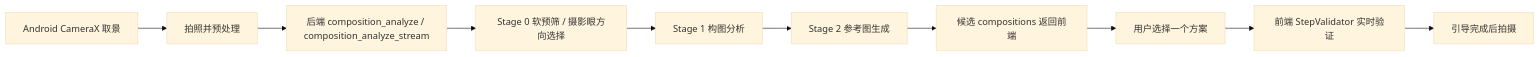
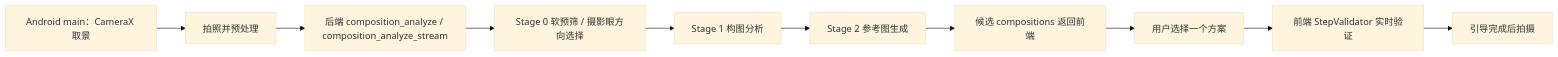
One commit to MottoYoung/Composition_Assistant_V1 changed the diagram in README.md. Above: the diagram before and after it, drawn with Mermaid (base theme). The commit also changed other lines of this file, not shown here.

````diff
--- a/README.md
+++ b/README.md
@@ -45,12 +48,12 @@
 ```mermaid
 flowchart LR
-    A["Android CameraX 取景"] --> B["拍照并预处理"]
+    A["Android main：CameraX 取景"] --> B["拍照并预处理"]
     B --> C["后端 composition_analyze / composition_analyze_stream"]
     C --> D["Stage 0 软预筛 / 摄影眼方向选择"]
     D --> E["Stage 1 构图分析"]
     E --> F["Stage 2 参考图生成"]
     F --> G["候选 compositions 返回前端"]
     G --> H["用户选择一个方案"]
     H --> I["前端 StepValidator 实时验证"]
     I --> J["引导完成后拍摄"]
 ```
````
